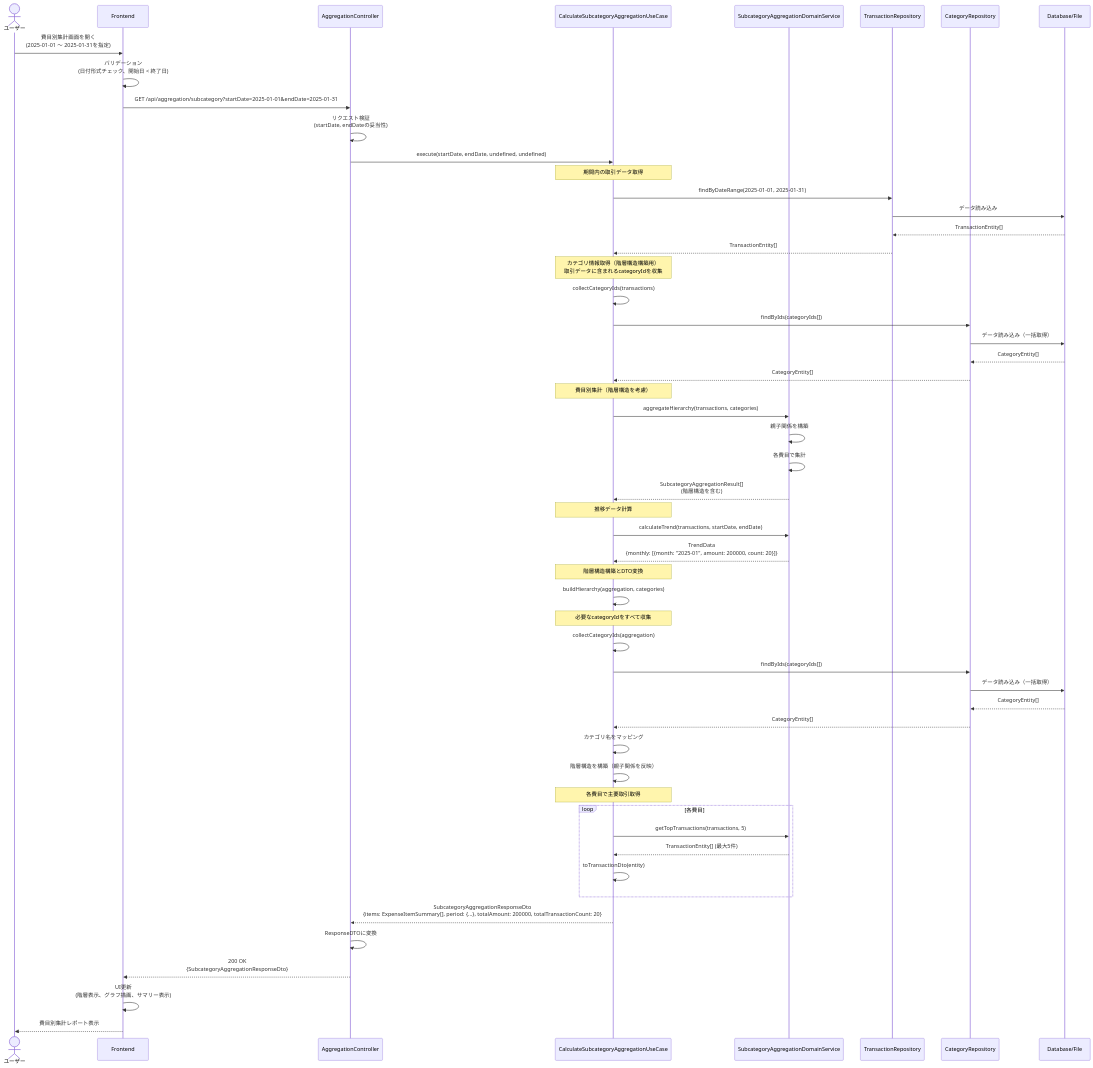
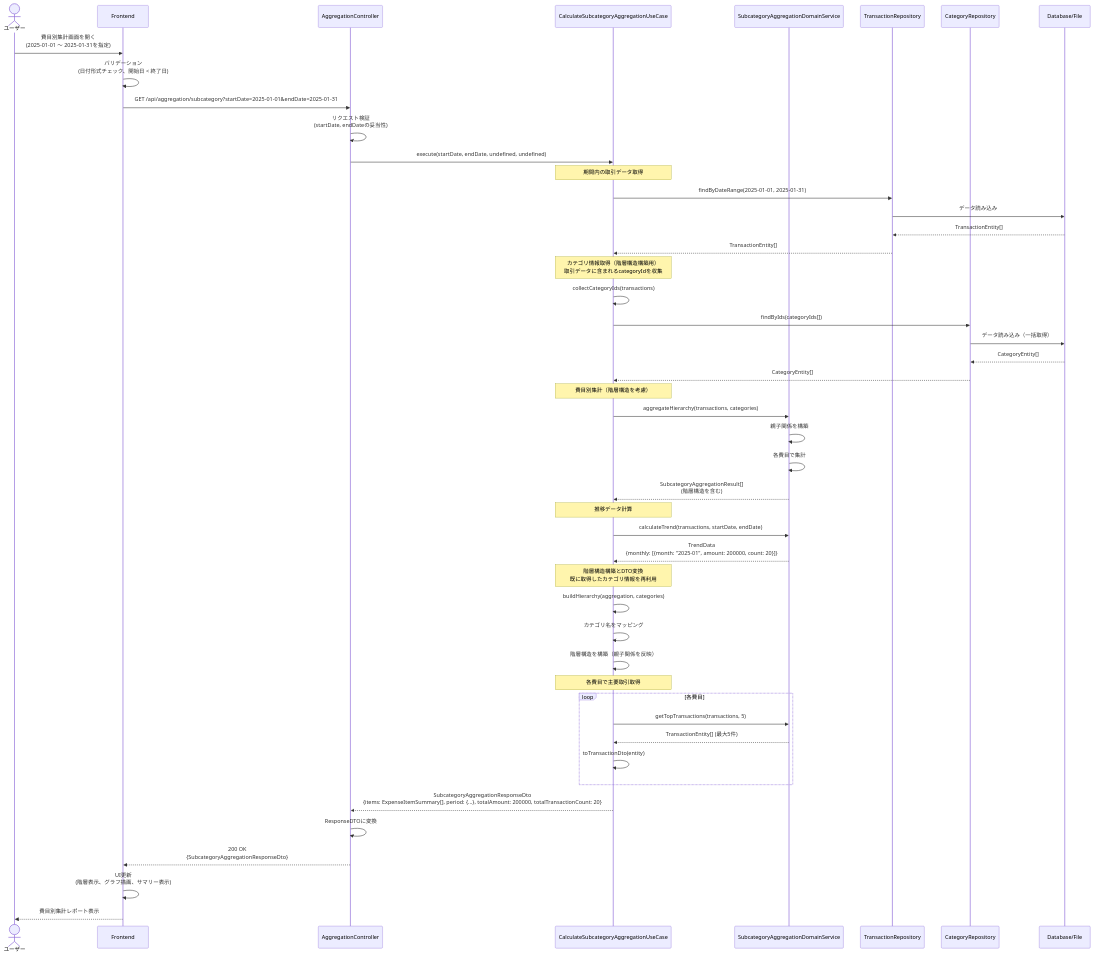
Before and after one commit to kencom2400/account-book: the first of 6 diagrams in docs/detailed-design/FR-019_subcategory-aggregation/sequence-diagrams.md, drawn with Mermaid. The commit also changed other lines of this file, not shown here.

First line of the commit message:
docs: Gemini指摘対応 - シーケンス図のパフォーマンス最適化と冗長な呼び出しの削減

````diff
--- a/docs/detailed-design/FR-019_subcategory-aggregation/sequence-diagrams.md
+++ b/docs/detailed-design/FR-019_subcategory-aggregation/sequence-diagrams.md
@@ -34,66 +34,60 @@
 ```mermaid
 sequenceDiagram
     actor User as ユーザー
     participant FE as Frontend
     participant API as AggregationController
     participant UC as CalculateSubcategoryAggregationUseCase
     participant DS as SubcategoryAggregationDomainService
     participant TRepo as TransactionRepository
     participant CRepo as CategoryRepository
     participant DB as Database/File
 
     User->>FE: 費目別集計画面を開く<br/>(2025-01-01 〜 2025-01-31を指定)
     FE->>FE: バリデーション<br/>(日付形式チェック、開始日 < 終了日)
     FE->>API: GET /api/aggregation/subcategory?startDate=2025-01-01&endDate=2025-01-31
 
     API->>API: リクエスト検証<br/>(startDate, endDateの妥当性)
     API->>UC: execute(startDate, endDate, undefined, undefined)
 
     Note over UC: 期間内の取引データ取得
     UC->>TRepo: findByDateRange(2025-01-01, 2025-01-31)
     TRepo->>DB: データ読み込み
     DB-->>TRepo: TransactionEntity[]
     TRepo-->>UC: TransactionEntity[]
 
     Note over UC: カテゴリ情報取得（階層構造構築用）<br/>取引データに含まれるcategoryIdを収集
     UC->>UC: collectCategoryIds(transactions)
     UC->>CRepo: findByIds(categoryIds[])
     CRepo->>DB: データ読み込み（一括取得）
     DB-->>CRepo: CategoryEntity[]
     CRepo-->>UC: CategoryEntity[]
 
     Note over UC: 費目別集計（階層構造を考慮）
     UC->>DS: aggregateHierarchy(transactions, categories)
     DS->>DS: 親子関係を構築
     DS->>DS: 各費目で集計
     DS-->>UC: SubcategoryAggregationResult[]<br/>(階層構造を含む)
 
     Note over UC: 推移データ計算
     UC->>DS: calculateTrend(transactions, startDate, endDate)
     DS-->>UC: TrendData<br/>{monthly: [{month: "2025-01", amount: 200000, count: 20}]}
 
-    Note over UC: 階層構造構築とDTO変換
+    Note over UC: 階層構造構築とDTO変換<br/>既に取得したカテゴリ情報を再利用
     UC->>UC: buildHierarchy(aggregation, categories)
-    Note over UC: 必要なcategoryIdをすべて収集
-    UC->>UC: collectCategoryIds(aggregation)
-    UC->>CRepo: findByIds(categoryIds[])
-    CRepo->>DB: データ読み込み（一括取得）
-    DB-->>CRepo: CategoryEntity[]
-    CRepo-->>UC: CategoryEntity[]
     UC->>UC: カテゴリ名をマッピング
     UC->>UC: 階層構造を構築（親子関係を反映）
 
     Note over UC: 各費目で主要取引取得
     loop 各費目
         UC->>DS: getTopTransactions(transactions, 5)
         DS-->>UC: TransactionEntity[] (最大5件)
         UC->>UC: toTransactionDto(entity)
     end
 
     UC-->>API: SubcategoryAggregationResponseDto<br/>{items: ExpenseItemSummary[], period: {...}, totalAmount: 200000, totalTransactionCount: 20}
 
     API->>API: ResponseDTOに変換
     API-->>FE: 200 OK<br/>{SubcategoryAggregationResponseDto}
     FE->>FE: UI更新<br/>(階層表示、グラフ描画、サマリー表示)
     FE-->>User: 費目別集計レポート表示
 ```
````
